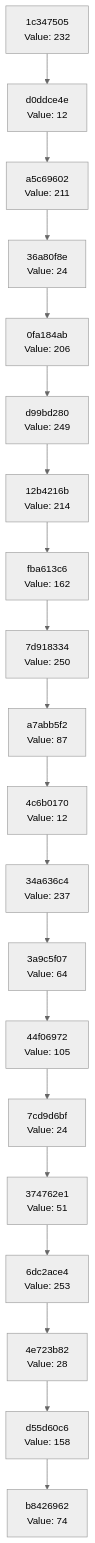
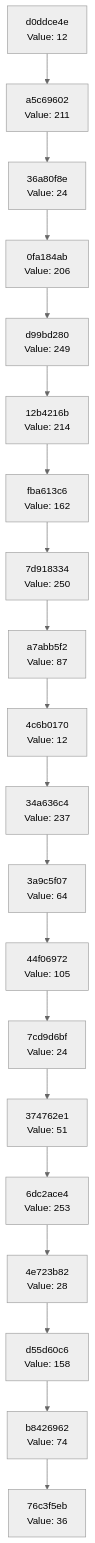
One commit to Abhisheksinha1506/hash-chain-evolver changed the diagram in docs/CHAIN_VISUALIZATION.md. Above: the diagram before and after it, drawn with Mermaid (neutral theme). The commit also changed 2 other files, not shown here.

Commit message:
Evolution step: hash 0x24 → action executed

````diff
--- a/docs/CHAIN_VISUALIZATION.md
+++ b/docs/CHAIN_VISUALIZATION.md
@@ -3,42 +3,42 @@
 ```mermaid
 graph TD
-    C0["b8426962<br/>Value: 74"]
-    C1["d55d60c6<br/>Value: 158"]
+    C0["76c3f5eb<br/>Value: 36"]
+    C1["b8426962<br/>Value: 74"]
     C1 --> C0
-    C2["4e723b82<br/>Value: 28"]
+    C2["d55d60c6<br/>Value: 158"]
     C2 --> C1
-    C3["6dc2ace4<br/>Value: 253"]
+    C3["4e723b82<br/>Value: 28"]
     C3 --> C2
-    C4["374762e1<br/>Value: 51"]
+    C4["6dc2ace4<br/>Value: 253"]
     C4 --> C3
-    C5["7cd9d6bf<br/>Value: 24"]
+    C5["374762e1<br/>Value: 51"]
     C5 --> C4
-    C6["44f06972<br/>Value: 105"]
+    C6["7cd9d6bf<br/>Value: 24"]
     C6 --> C5
-    C7["3a9c5f07<br/>Value: 64"]
+    C7["44f06972<br/>Value: 105"]
     C7 --> C6
-    C8["34a636c4<br/>Value: 237"]
+    C8["3a9c5f07<br/>Value: 64"]
     C8 --> C7
-    C9["4c6b0170<br/>Value: 12"]
+    C9["34a636c4<br/>Value: 237"]
     C9 --> C8
-    C10["a7abb5f2<br/>Value: 87"]
+    C10["4c6b0170<br/>Value: 12"]
     C10 --> C9
-    C11["7d918334<br/>Value: 250"]
+    C11["a7abb5f2<br/>Value: 87"]
     C11 --> C10
-    C12["fba613c6<br/>Value: 162"]
+    C12["7d918334<br/>Value: 250"]
     C12 --> C11
-    C13["12b4216b<br/>Value: 214"]
+    C13["fba613c6<br/>Value: 162"]
     C13 --> C12
-    C14["d99bd280<br/>Value: 249"]
+    C14["12b4216b<br/>Value: 214"]
     C14 --> C13
-    C15["0fa184ab<br/>Value: 206"]
+    C15["d99bd280<br/>Value: 249"]
     C15 --> C14
-    C16["36a80f8e<br/>Value: 24"]
+    C16["0fa184ab<br/>Value: 206"]
     C16 --> C15
-    C17["a5c69602<br/>Value: 211"]
+    C17["36a80f8e<br/>Value: 24"]
     C17 --> C16
-    C18["d0ddce4e<br/>Value: 12"]
+    C18["a5c69602<br/>Value: 211"]
     C18 --> C17
-    C19["1c347505<br/>Value: 232"]
+    C19["d0ddce4e<br/>Value: 12"]
     C19 --> C18
 ```
````
